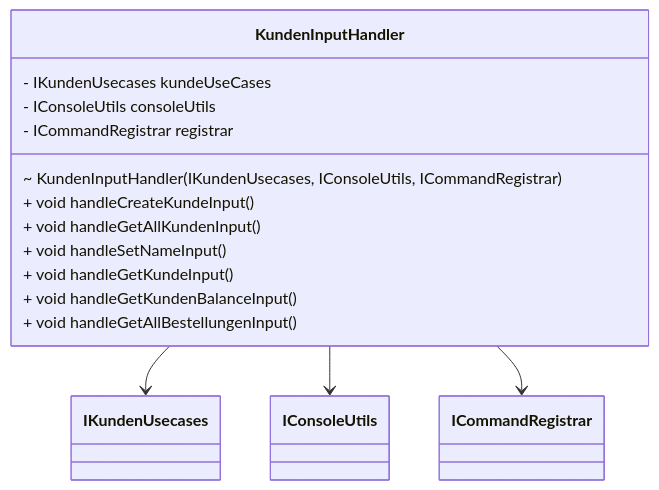
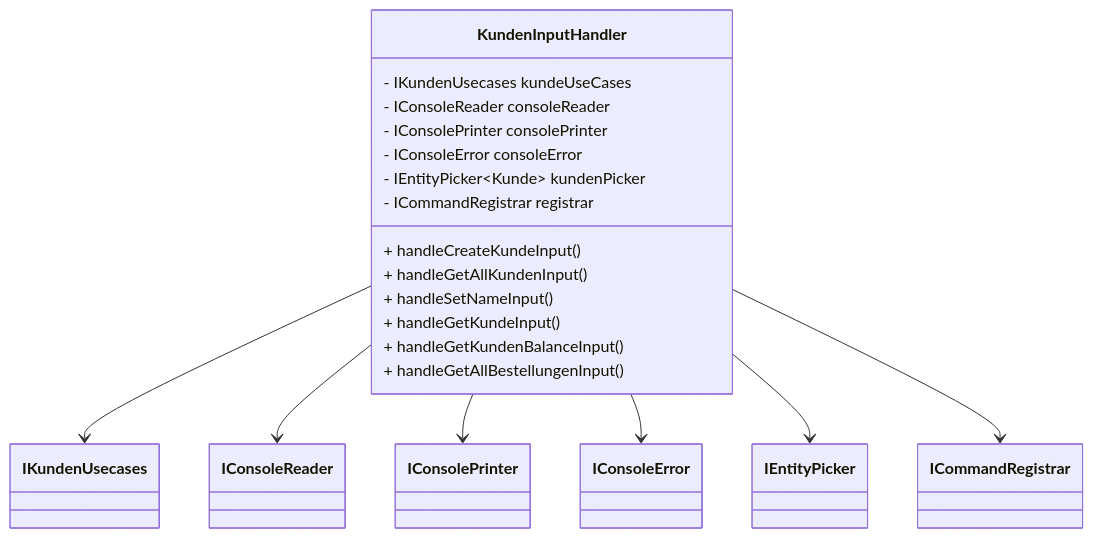
Before and after one commit to Gamagu/ase_getraenke: the seventh of 31 diagrams in README.md, drawn with Mermaid. The commit also changed other lines of this file and 1 other file, not shown here.

````diff
--- a/README.md
+++ b/README.md
@@ -334,23 +288,33 @@
 ```mermaid
 classDiagram
 	class KundenInputHandler {
 		- IKundenUsecases kundeUseCases
-		- IConsoleUtils consoleUtils
+		- IConsoleReader consoleReader
+		- IConsolePrinter consolePrinter
+		- IConsoleError consoleError
+		- IEntityPicker~Kunde~ kundenPicker
 		- ICommandRegistrar registrar
-		~ KundenInputHandler(IKundenUsecases, IConsoleUtils, ICommandRegistrar)
-		+ void handleCreateKundeInput()
-		+ void handleGetAllKundenInput()
-		+ void handleSetNameInput()
-		+ void handleGetKundeInput()
-		+ void handleGetKundenBalanceInput()
-		+ void handleGetAllBestellungenInput()
+
+		+ handleCreateKundeInput()
+		+ handleGetAllKundenInput()
+		+ handleSetNameInput()
+		+ handleGetKundeInput()
+		+ handleGetKundenBalanceInput()
+		+ handleGetAllBestellungenInput()
 	}
 
-	class IKundenUsecases
-	class IConsoleUtils
-	class ICommandRegistrar
+	interface IKundenUsecases
+	interface IConsoleReader
+	interface IConsolePrinter
+	interface IConsoleError
+	interface IEntityPicker
+	interface ICommandRegistrar
 
 	KundenInputHandler --> IKundenUsecases
-	KundenInputHandler --> IConsoleUtils
+	KundenInputHandler --> IConsoleReader
+	KundenInputHandler --> IConsolePrinter
+	KundenInputHandler --> IConsoleError
+	KundenInputHandler --> IEntityPicker
 	KundenInputHandler --> ICommandRegistrar
+
 ```
````
